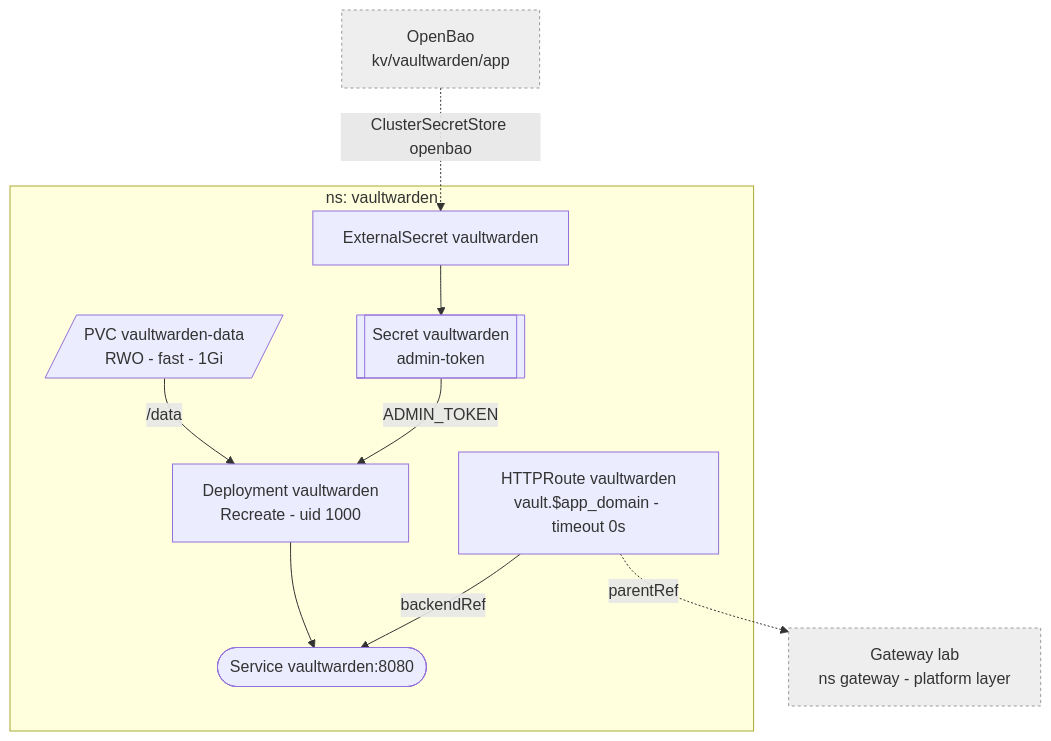
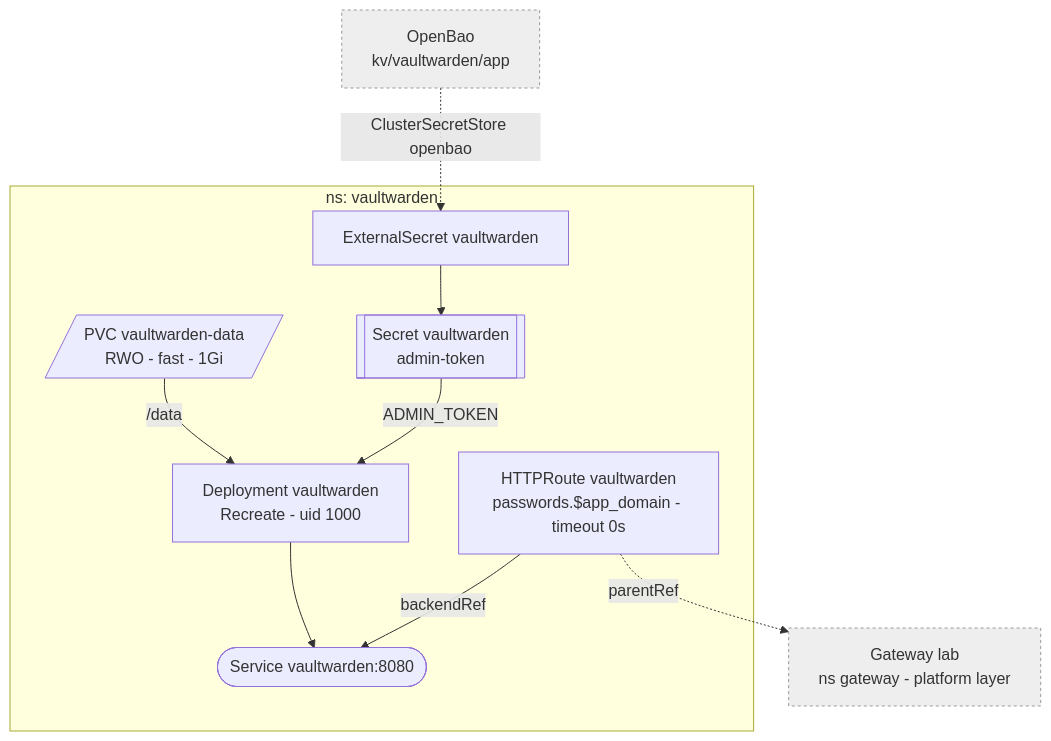
One commit to Sojamann/homelab-apps changed the diagram in docs/vaultwarden.md. Above: the diagram before and after it, drawn with Mermaid. The commit also changed other lines of this file and 4 other files, not shown here.

Commit message:
vaultwarden: change from vault.<app-domain> to passwords.<app-domain>

````diff
--- a/docs/vaultwarden.md
+++ b/docs/vaultwarden.md
@@ -7,17 +7,17 @@
 ```mermaid
 graph TD
   subgraph vw["ns: vaultwarden"]
     ES["ExternalSecret vaultwarden"] --> SEC[["Secret vaultwarden<br/>admin-token"]]
     SRV["Deployment vaultwarden<br/>Recreate - uid 1000"]
     SRV --> SVC(["Service vaultwarden:8080"])
     PVC[/"PVC vaultwarden-data<br/>RWO - fast - 1Gi"/] -->|/data| SRV
     SEC -->|ADMIN_TOKEN| SRV
-    RT["HTTPRoute vaultwarden<br/>vault.$app_domain - timeout 0s"] -->|backendRef| SVC
+    RT["HTTPRoute vaultwarden<br/>passwords.$app_domain - timeout 0s"] -->|backendRef| SVC
   end
 
   BAO["OpenBao<br/>kv/vaultwarden/app"] -.->|ClusterSecretStore openbao| ES
   RT -.->|parentRef| GW["Gateway lab<br/>ns gateway - platform layer"]
 
   classDef ext fill:#eee,stroke:#999,stroke-dasharray:3 3;
   class GW,BAO ext;
 ```
````
